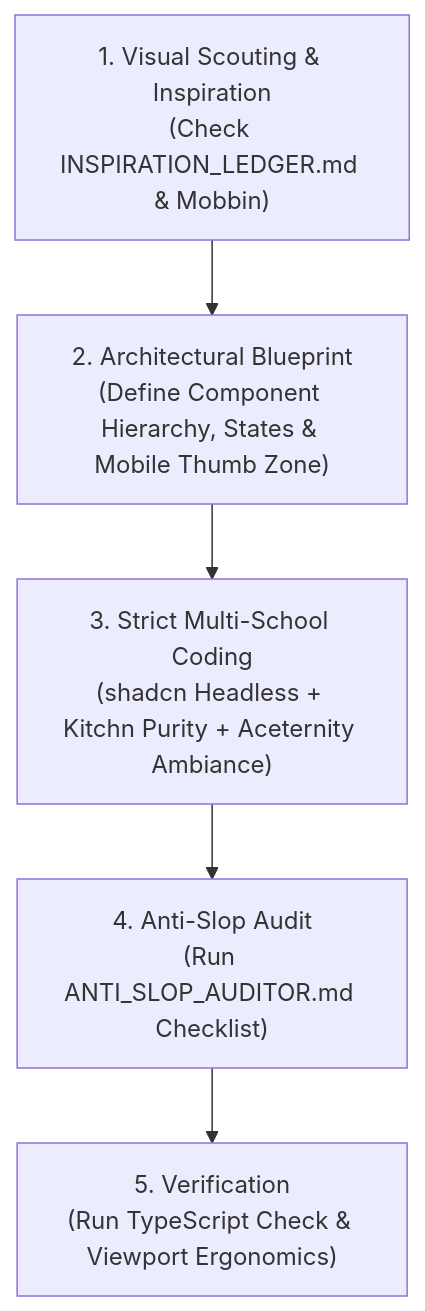
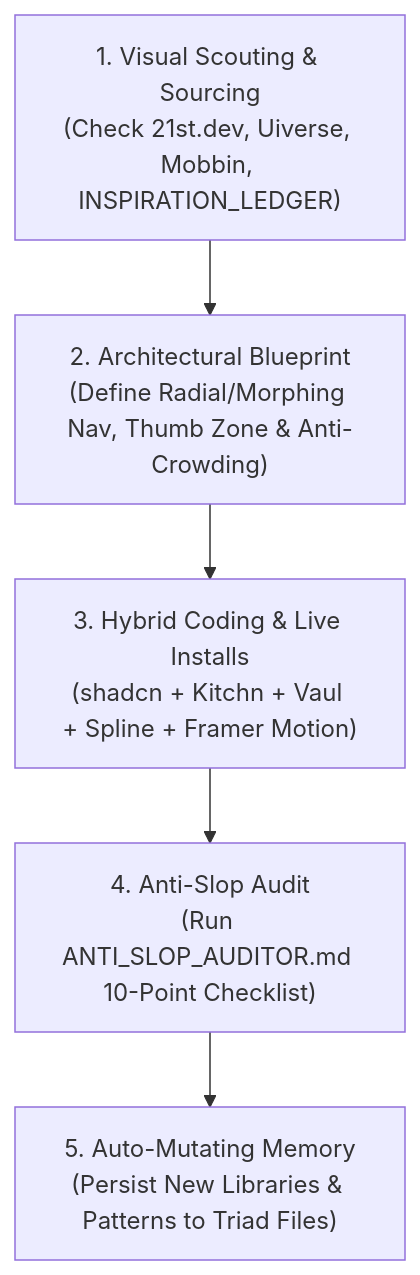
One commit to magdezaroog-afk/LITC-TDS changed the diagram in .agent/skills/adaptive-ui-genius/SKILL.md. Above: the diagram before and after it, drawn with Mermaid. The commit also changed other lines of this file and 7 other files, not shown here.

Commit message:
feat(skills): augment adaptive-ui-genius with kinetic menus, anti-crowding engine, live sourcing, and cognitive laws

````diff
--- a/.agent/skills/adaptive-ui-genius/SKILL.md
+++ b/.agent/skills/adaptive-ui-genius/SKILL.md
@@ -59,10 +87,10 @@
 ```mermaid
 flowchart TD
-    Step1["1. Visual Scouting & Inspiration\n(Check INSPIRATION_LEDGER.md & Mobbin)"]
-    Step2["2. Architectural Blueprint\n(Define Component Hierarchy, States & Mobile Thumb Zone)"]
-    Step3["3. Strict Multi-School Coding\n(shadcn Headless + Kitchn Purity + Aceternity Ambiance)"]
-    Step4["4. Anti-Slop Audit\n(Run ANTI_SLOP_AUDITOR.md Checklist)"]
-    Step5["5. Verification\n(Run TypeScript Check & Viewport Ergonomics)"]
+    Step1["1. Visual Scouting & Sourcing\n(Check 21st.dev, Uiverse, Mobbin, INSPIRATION_LEDGER)"]
+    Step2["2. Architectural Blueprint\n(Define Radial/Morphing Nav, Thumb Zone & Anti-Crowding)"]
+    Step3["3. Hybrid Coding & Live Installs\n(shadcn + Kitchn + Vaul + Spline + Framer Motion)"]
+    Step4["4. Anti-Slop Audit\n(Run ANTI_SLOP_AUDITOR.md 10-Point Checklist)"]
+    Step5["5. Auto-Mutating Memory\n(Persist New Libraries & Patterns to Triad Files)"]
 
     Step1 --> Step2 --> Step3 --> Step4 --> Step5
 ```
````
